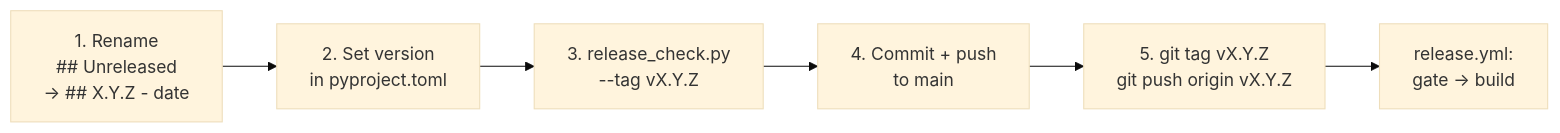
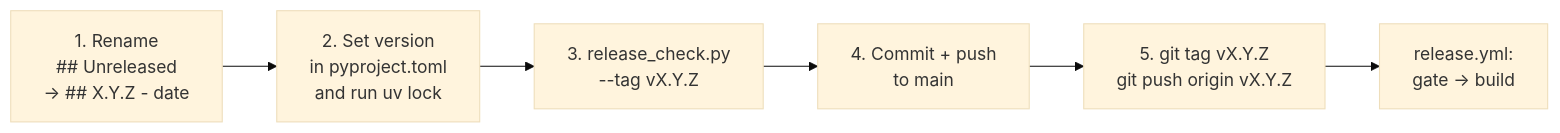
The second of 2 diagrams in docs/versioning.md (sh4r11f/alhazen), drawn with Mermaid (base theme) before and after one commit. The commit also changed other lines of this file and 10 other files, not shown here.

````diff
--- a/docs/versioning.md
+++ b/docs/versioning.md
@@ -162,8 +162,8 @@
 ```mermaid
 graph LR
-    A["1. Rename<br/>## Unreleased<br/>→ ## X.Y.Z - date"] --> B["2. Set version<br/>in pyproject.toml"]
+    A["1. Rename<br/>## Unreleased<br/>→ ## X.Y.Z - date"] --> B["2. Set version<br/>in pyproject.toml<br/>and run uv lock"]
     B --> C["3. release_check.py<br/>--tag vX.Y.Z"]
     C --> D["4. Commit + push<br/>to main"]
     D --> E["5. git tag vX.Y.Z<br/>git push origin vX.Y.Z"]
     E --> F["release.yml:<br/>gate → build"]
 ```
````
